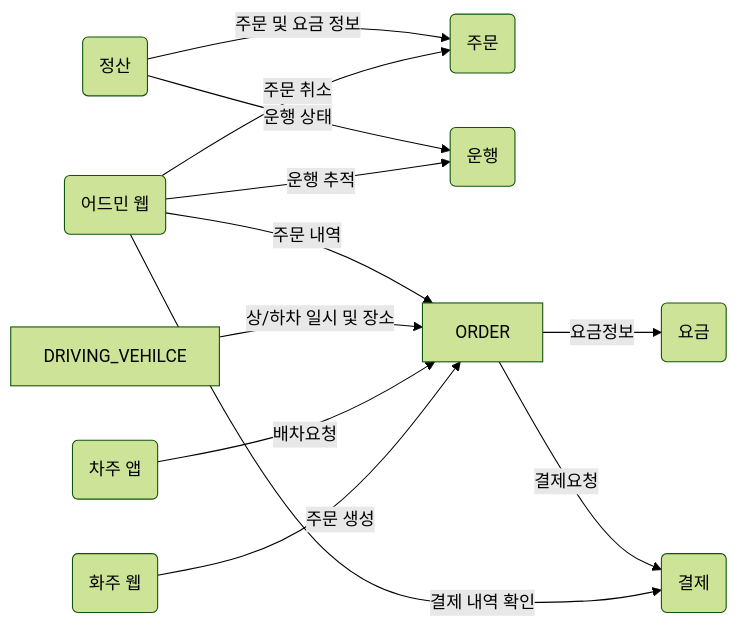
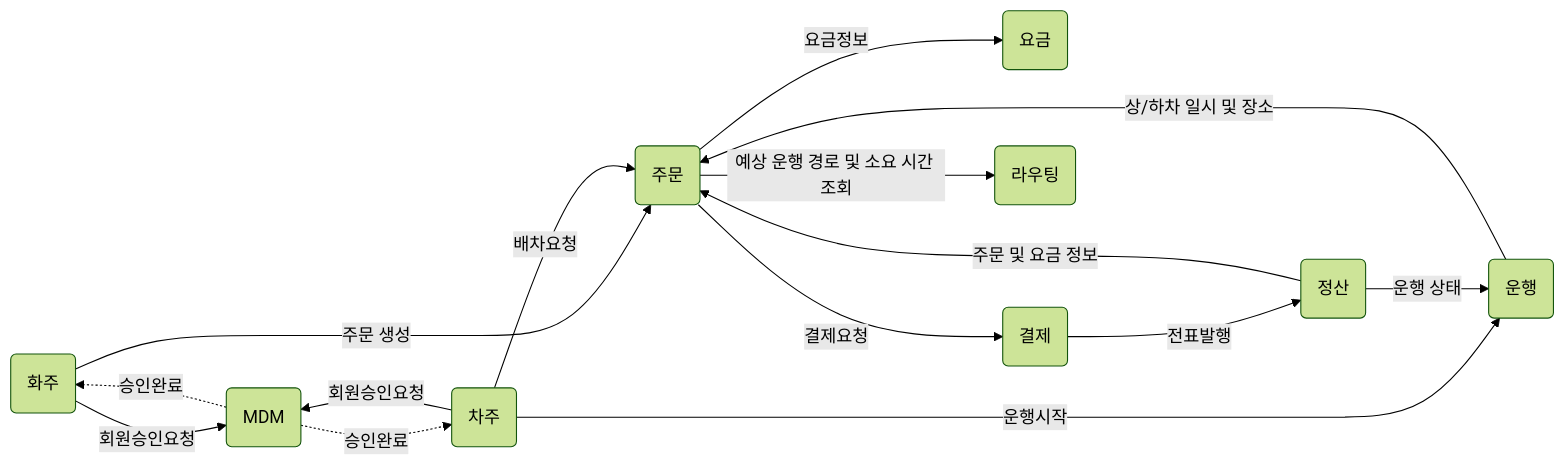
The second of 2 diagrams in Domain/domainModel-kimho314.md (next-step/career-domain), drawn with Mermaid (forest theme) before and after one commit. The commit also changed other lines of this file, not shown here.

````diff
--- a/Domain/domainModel-kimho314.md
+++ b/Domain/domainModel-kimho314.md
@@ -57,22 +63,26 @@
 ```mermaid
 flowchart LR
-        OWNER(화주 웹)
-        DRIVER(차주 앱)
+        Owner(화주)
+        Driver(차주)
+        MDM(MDM)
         Sattlement(정산)
         Order(주문)
         Pricing(요금)
-        ADMIN(어드민 웹)
-        DRIVING_VEHICLE(운행)
+        DrivingVehicle(운행)
         Pay(결제)
-        OWNER-->|주문 생성|ORDER
-        ORDER-->|요금정보|Pricing
-        DRIVER-->|배차요청|ORDER
-        DRIVING_VEHILCE-->|상/하차 일시 및 장소|ORDER
-        ADMIN-->|운행 추적|DRIVING_VEHICLE
-        ADMIN-->|주문 내역|ORDER
-        ADMIN-->|주문 취소|Order
-        ADMIN-->|결제 내역 확인|Pay
-        ORDER-->|결제요청|Pay
+        Routing(라우팅)
+        Owner-->|회원승인요청|MDM
+        MDM-.승인완료.->Owner
+        Driver-->|회원승인요청|MDM
+        MDM-.승인완료.->Driver
+        Owner-->|주문 생성|Order
+        Order-->|예상 운행 경로 및 소요 시간 조회|Routing
+        Order-->|요금정보|Pricing
+        Driver-->|배차요청|Order
+        Driver-->|운행시작|DrivingVehicle
+        DrivingVehicle-->|상/하차 일시 및 장소|Order
+        Order-->|결제요청|Pay
         Sattlement-->|주문 및 요금 정보|Order
-        Sattlement-->|운행 상태|DRIVING_VEHICLE
+        Sattlement-->|운행 상태|DrivingVehicle
+        Pay-->|전표발행|Sattlement
 ```
````
